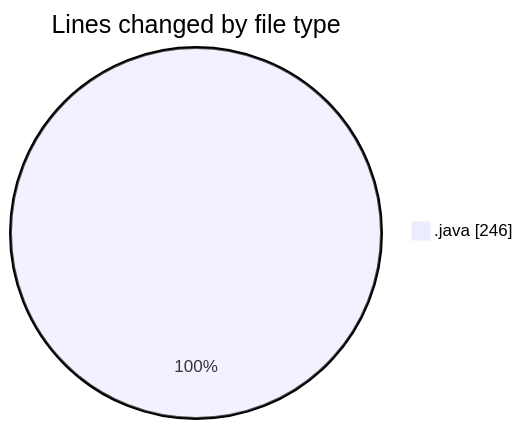
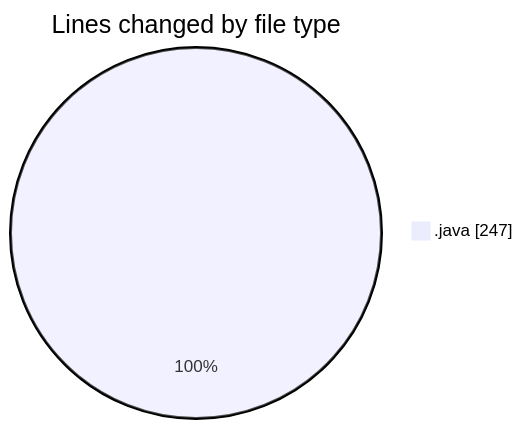
The first of 2 diagrams in 2026-04-09/cilapp/README.md (ricardozamudiocil/code-tracking), drawn with Mermaid before and after one commit. The commit also changed other lines of this file and 1 other file, not shown here.

````diff
--- a/2026-04-09/cilapp/README.md
+++ b/2026-04-09/cilapp/README.md
@@ -20,5 +20,5 @@
 ```mermaid
 pie showData
 title Lines changed by file type
-".java" : 246
+".java" : 247
 ```
````
